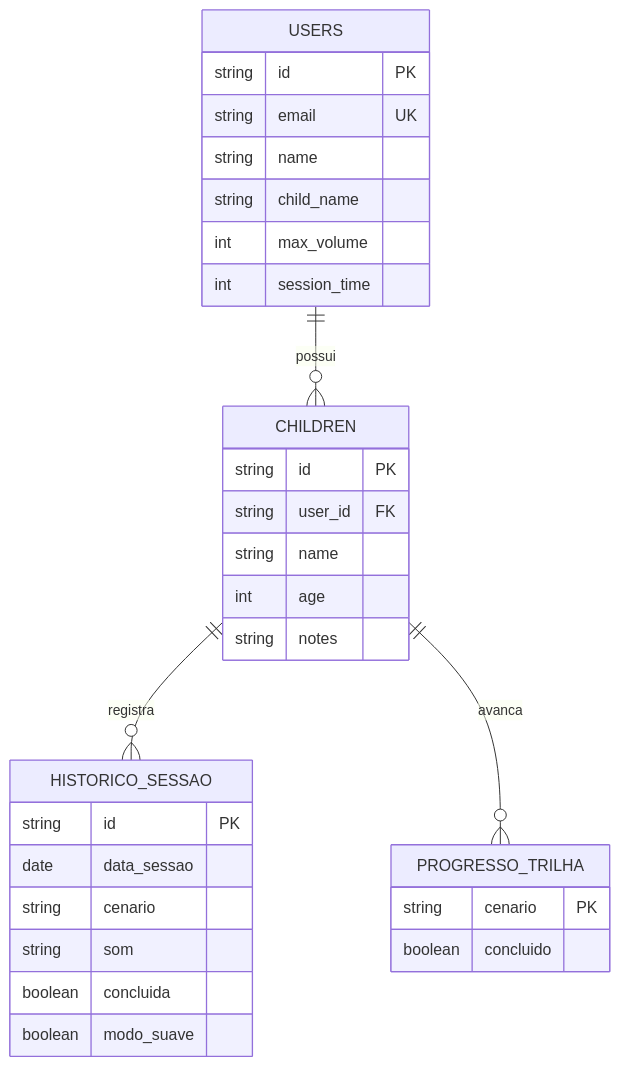
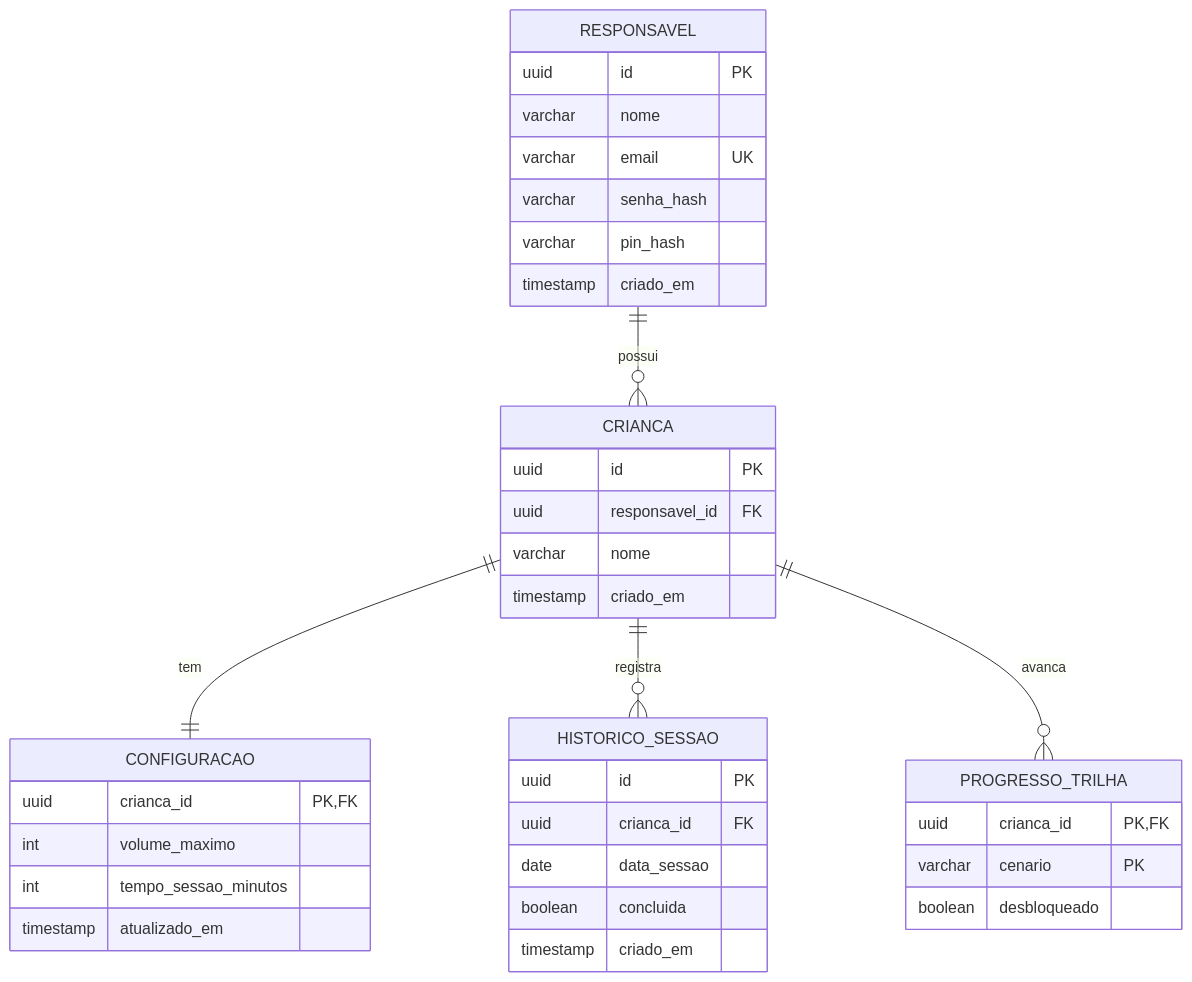
One commit to lanamaiumy/ludo changed the diagram in docs/arquitetura.md. Above: the diagram before and after it, drawn with Mermaid. The commit also changed other lines of this file and 1 other file, not shown here.

````diff
--- a/docs/arquitetura.md
+++ b/docs/arquitetura.md
@@ -70,37 +96,44 @@
 ```mermaid
 erDiagram
-    USERS ||--o{ CHILDREN : possui
-    CHILDREN ||--o{ HISTORICO_SESSAO : registra
-    CHILDREN ||--o{ PROGRESSO_TRILHA : avanca
+    RESPONSAVEL ||--o{ CRIANCA : possui
+    CRIANCA ||--|| CONFIGURACAO : tem
+    CRIANCA ||--o{ HISTORICO_SESSAO : registra
+    CRIANCA ||--o{ PROGRESSO_TRILHA : avanca
 
-    USERS {
-        string id PK
-        string email UK
-        string name
-        string child_name
-        int max_volume
-        int session_time
+    RESPONSAVEL {
+        uuid id PK
+        varchar nome
+        varchar email UK
+        varchar senha_hash
+        varchar pin_hash
+        timestamp criado_em
     }
 
-    CHILDREN {
-        string id PK
-        string user_id FK
-        string name
-        int age
-        string notes
+    CRIANCA {
+        uuid id PK
+        uuid responsavel_id FK
+        varchar nome
+        timestamp criado_em
+    }
+
+    CONFIGURACAO {
+        uuid crianca_id PK, FK
+        int volume_maximo
+        int tempo_sessao_minutos
+        timestamp atualizado_em
     }
 
     HISTORICO_SESSAO {
-        string id PK
+        uuid id PK
+        uuid crianca_id FK
         date data_sessao
-        string cenario
-        string som
         boolean concluida
-        boolean modo_suave
+        timestamp criado_em
     }
 
     PROGRESSO_TRILHA {
-        string cenario PK
-        boolean concluido
+        uuid crianca_id PK, FK
+        varchar cenario PK
+        boolean desbloqueado
     }
 ```
````
